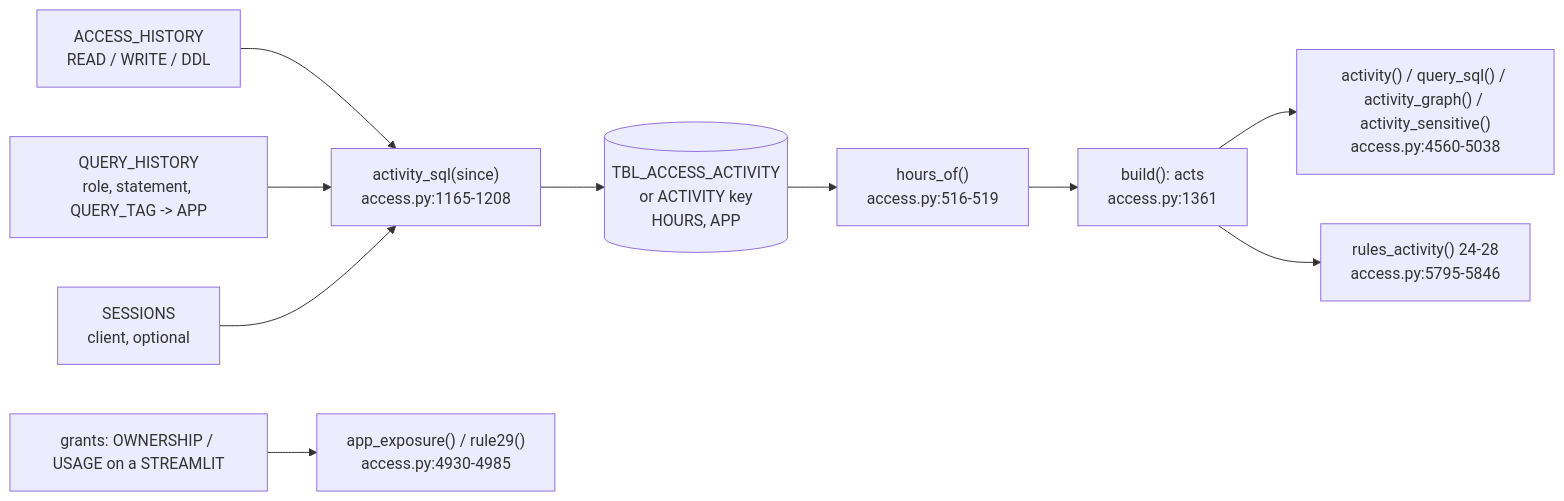
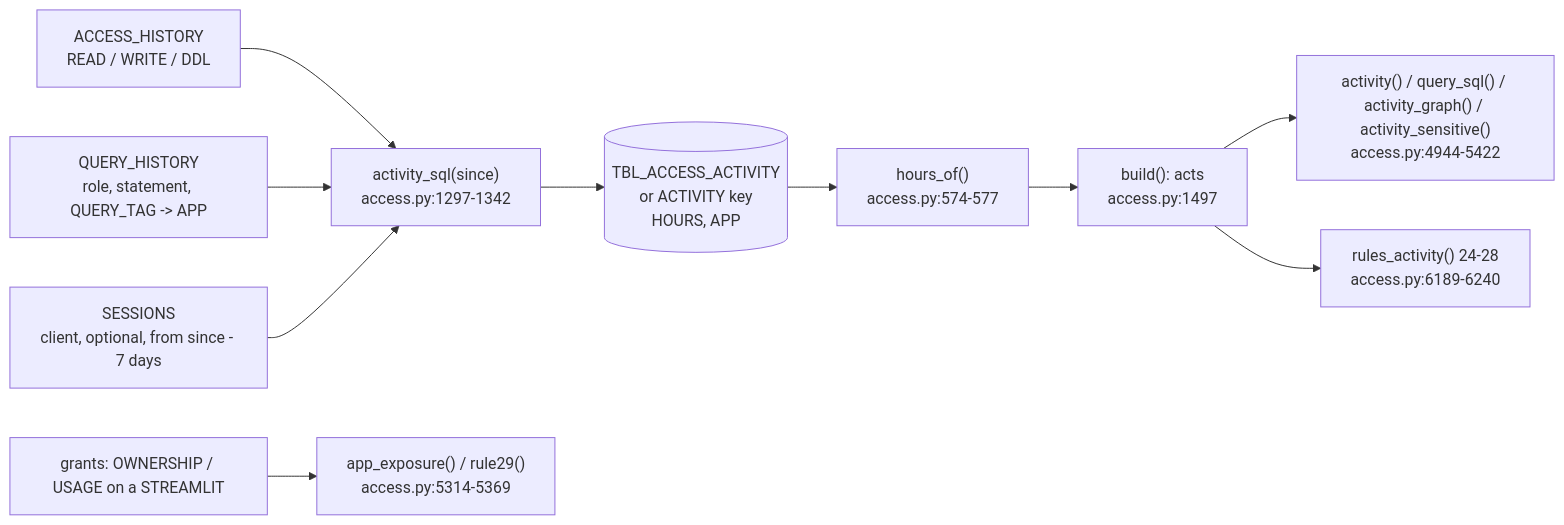
One commit to darshanmeel/snowflake-access-explorer changed the diagram in snowflake-access-explorer-knowledge-graph/logic/activity.md. Above: the diagram before and after it, drawn with Mermaid. The commit also changed other lines of this file and 82 other files, not shown here.

Commit message:
Knowledge graph: parts store, two-stage load, background refresh, DuckDB rule walk, kept rule results, review fixes (to 448bdbb)

````diff
--- a/snowflake-access-explorer-knowledge-graph/logic/activity.md
+++ b/snowflake-access-explorer-knowledge-graph/logic/activity.md
@@ -6,12 +6,12 @@
 ```mermaid
 flowchart LR
-  AH[ACCESS_HISTORY<br/>READ / WRITE / DDL] --> SQLA["activity_sql(since)<br/>access.py:1165-1208"]
+  AH[ACCESS_HISTORY<br/>READ / WRITE / DDL] --> SQLA["activity_sql(since)<br/>access.py:1297-1342"]
   QH[QUERY_HISTORY<br/>role, statement, QUERY_TAG -> APP] --> SQLA
-  SE[SESSIONS<br/>client, optional] --> SQLA
+  SE[SESSIONS<br/>client, optional, from since - 7 days] --> SQLA
   SQLA --> T[(TBL_ACCESS_ACTIVITY<br/>or ACTIVITY key<br/>HOURS, APP)]
-  T --> HO["hours_of()<br/>access.py:516-519"]
-  HO --> ACTS["build(): acts<br/>access.py:1361"]
-  ACTS --> TAB["activity() / query_sql() / activity_graph() / activity_sensitive()<br/>access.py:4560-5038"]
-  ACTS --> R["rules_activity() 24-28<br/>access.py:5795-5846"]
-  G[grants: OWNERSHIP / USAGE on a STREAMLIT] --> AX["app_exposure() / rule29()<br/>access.py:4930-4985"]
+  T --> HO["hours_of()<br/>access.py:574-577"]
+  HO --> ACTS["build(): acts<br/>access.py:1497"]
+  ACTS --> TAB["activity() / query_sql() / activity_graph() / activity_sensitive()<br/>access.py:4944-5422"]
+  ACTS --> R["rules_activity() 24-28<br/>access.py:6189-6240"]
+  G[grants: OWNERSHIP / USAGE on a STREAMLIT] --> AX["app_exposure() / rule29()<br/>access.py:5314-5369"]
 ```
````
